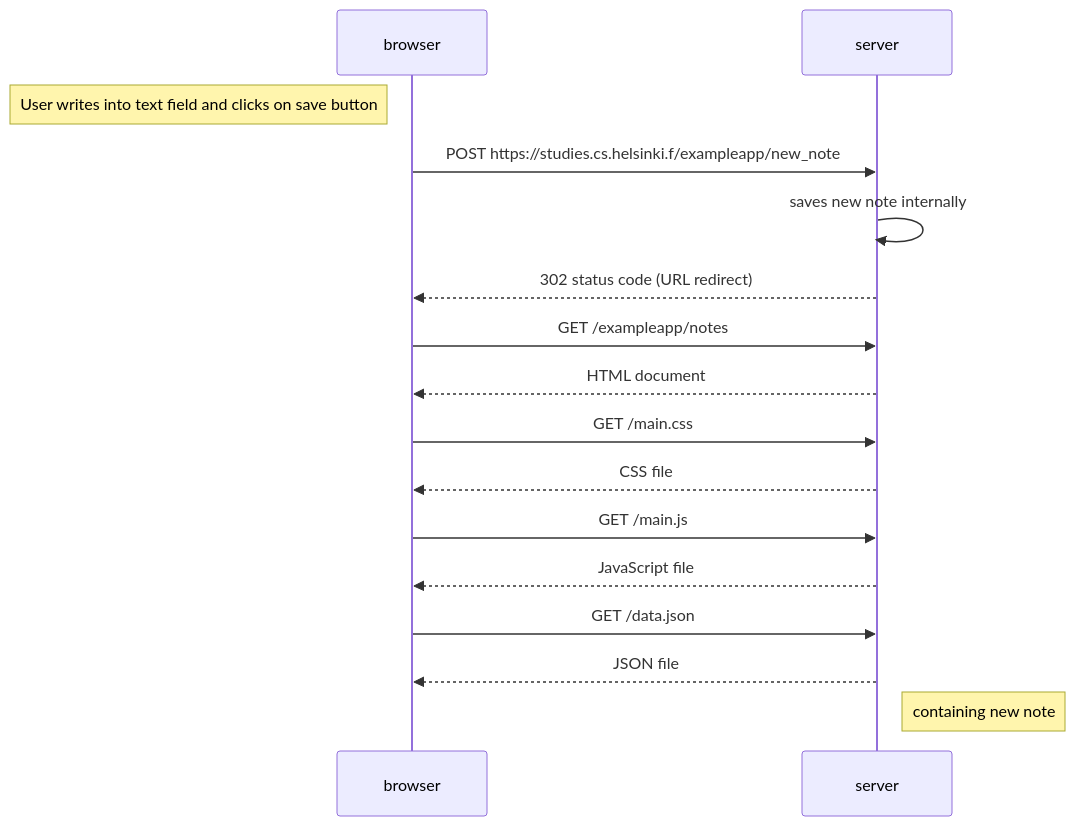
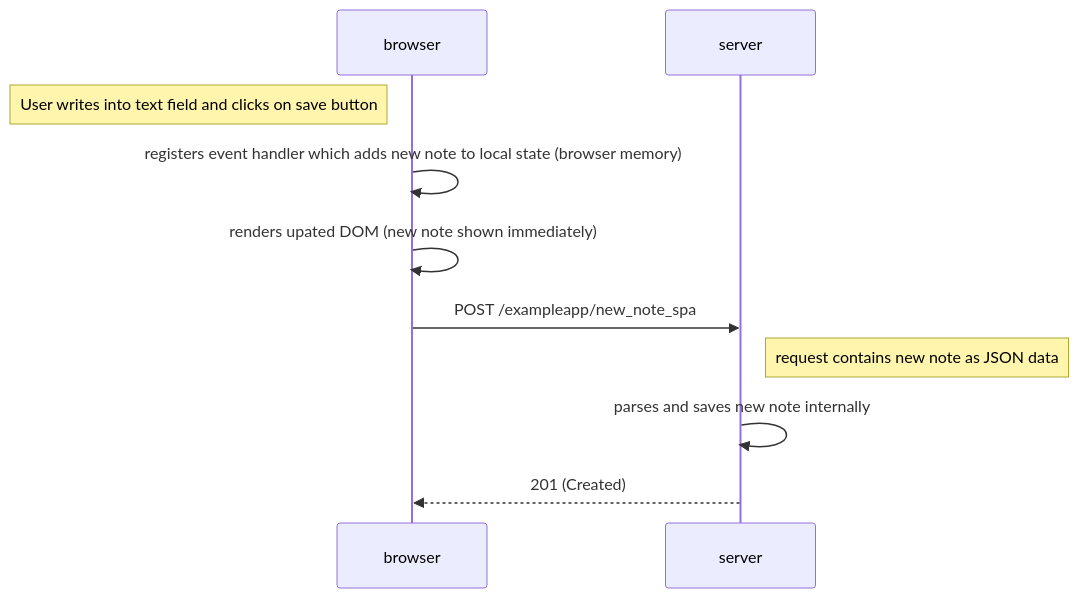
The diagram in part0/ex06/PostSinglePageApp.md (Nipsu24/fullstack_open), drawn with Mermaid before and after one commit.

Commit message:
adds PostSinglePageApp diagram flow

````diff
--- a/part0/ex06/PostSinglePageApp.md
+++ b/part0/ex06/PostSinglePageApp.md
@@ -1,23 +1,15 @@
 ```mermaid
 sequenceDiagram
     participant browser
     participant server
 
     Note left of browser: User writes into text field and clicks on save button
-    browser->>server: POST https://studies.cs.helsinki.f/exampleapp/new_note
-    server->>server: saves new note internally
-    server-->>browser: 302 status code (URL redirect)
+    browser->>browser: registers event handler which adds new note to local state (browser memory)
+    browser->>browser: renders upated DOM (new note shown immediately)
 
-    browser->>server: GET /exampleapp/notes
-    server-->>browser: HTML document
+    browser->>server: POST /exampleapp/new_note_spa
+    Note right of server: request contains new note as JSON data
 
-    browser->>server: GET /main.css
-    server-->>browser: CSS file
-
-    browser->>server: GET /main.js
-    server-->>browser: JavaScript file
-
-    browser->>server: GET /data.json
-    server-->>browser: JSON file
-    Note right of server: containing new note
+    server->>server: parses and saves new note internally
+    server-->>browser: 201 (Created)
 ```
````
